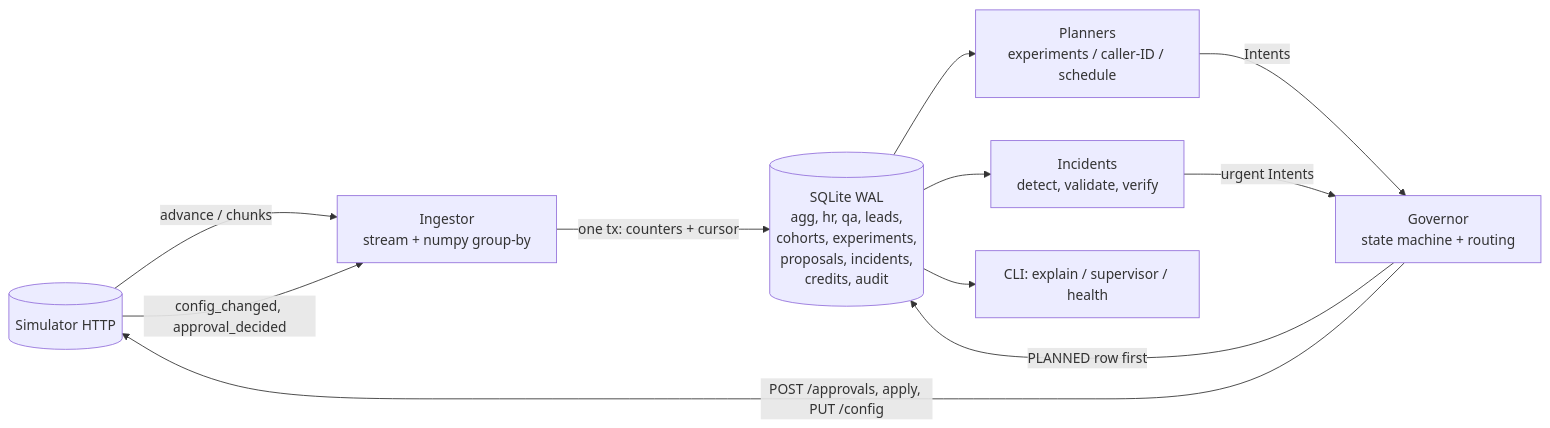
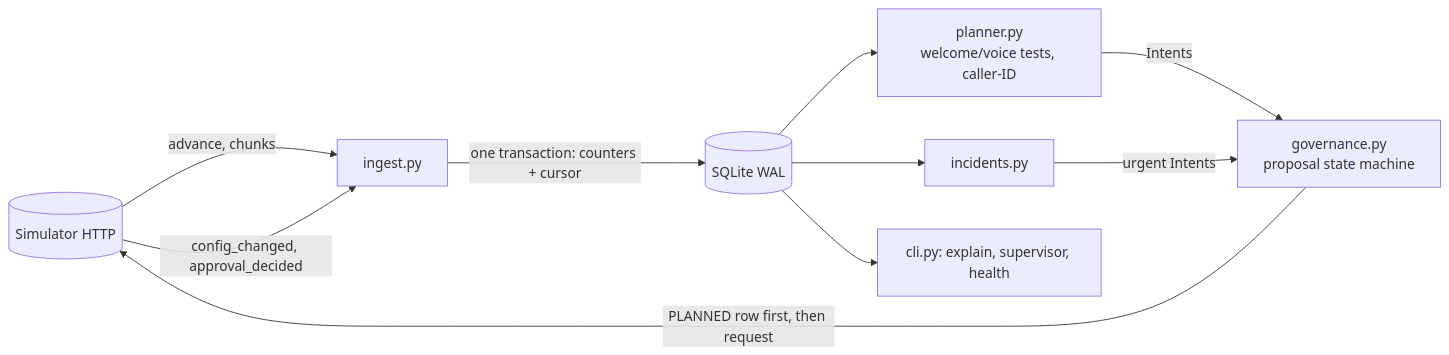
The diagram in SUBMISSION.md (DarshaK1Just/agent-autopilot), drawn with Mermaid before and after one commit. The commit also changed other lines of this file and 4 other files, not shown here.

````diff
--- a/SUBMISSION.md
+++ b/SUBMISSION.md
@@ -89,13 +89,12 @@
 ```mermaid
 flowchart LR
-  SIM[(Simulator HTTP)] -->|advance / chunks| ING[Ingestor<br/>stream + numpy group-by]
-  ING -->|one tx: counters + cursor| DB[(SQLite WAL<br/>agg, hr, qa, leads,<br/>cohorts, experiments,<br/>proposals, incidents,<br/>credits, audit)]
-  DB --> PL[Planners<br/>experiments / caller-ID / schedule]
-  DB --> INC[Incidents<br/>detect, validate, verify]
-  PL -->|Intents| GOV[Governor<br/>state machine + routing]
+  SIM[(Simulator HTTP)] -->|advance, chunks| ING[ingest.py]
+  ING -->|one transaction: counters + cursor| DB[(SQLite WAL)]
+  DB --> PL[planner.py<br/>welcome/voice tests, caller-ID]
+  DB --> INC[incidents.py]
+  PL -->|Intents| GOV[governance.py<br/>proposal state machine]
   INC -->|urgent Intents| GOV
-  GOV -->|PLANNED row first| DB
-  GOV -->|POST /approvals, apply, PUT /config| SIM
+  GOV -->|PLANNED row first, then request| SIM
   SIM -->|config_changed, approval_decided| ING
-  DB --> CLI[CLI: explain / supervisor / health]
+  DB --> CLI[cli.py: explain, supervisor, health]
 ```
````
